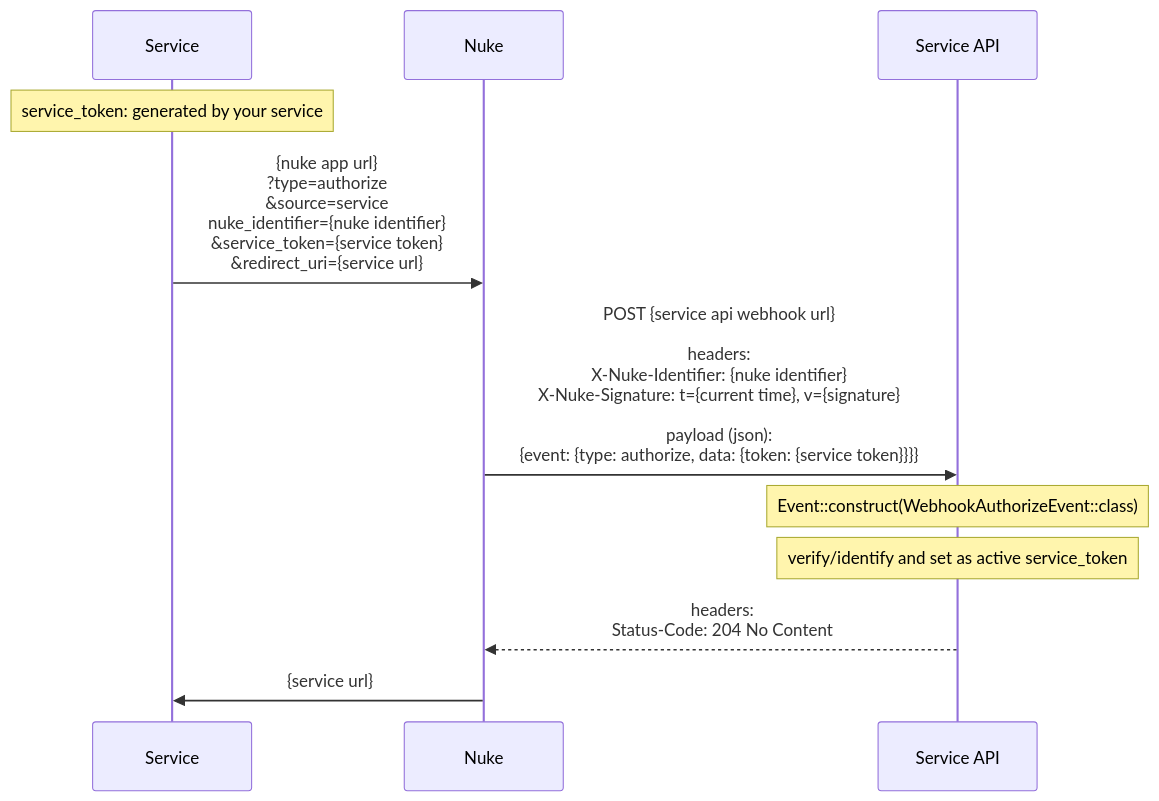
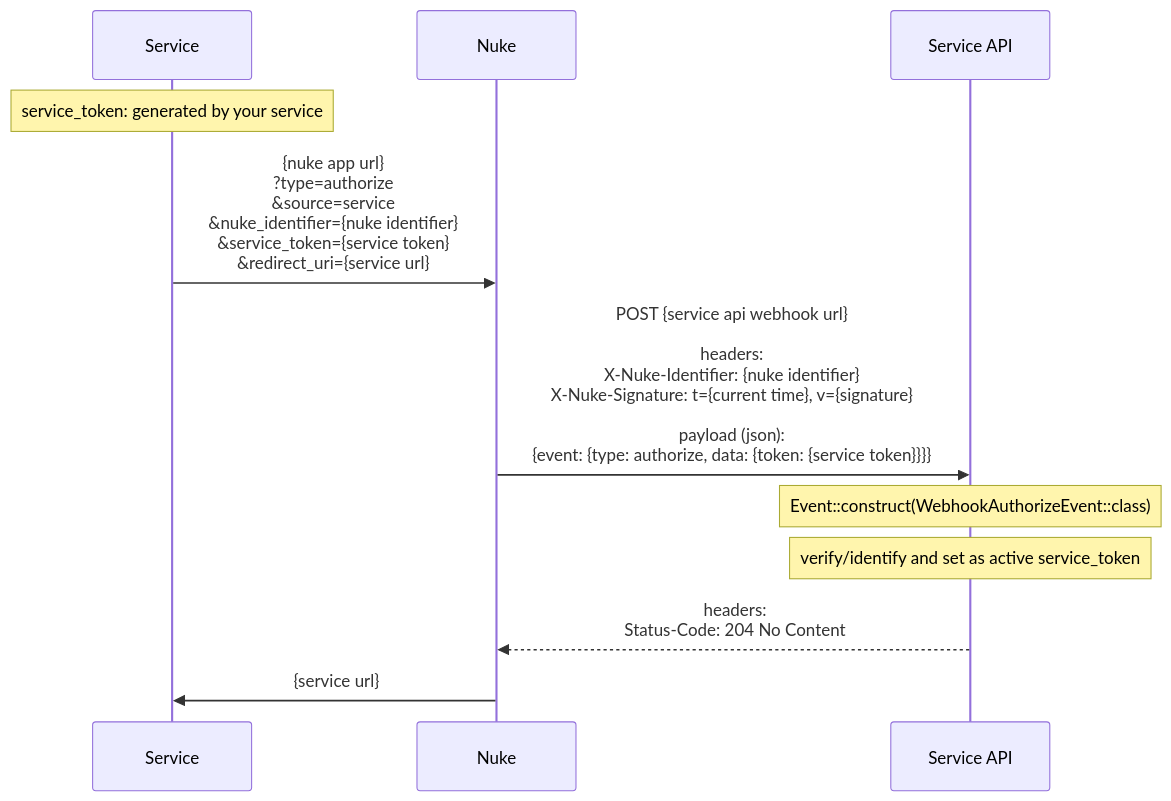
One commit to nukefromorbit/nuke-php changed the fourth of 6 diagrams in README.md. Above: the diagram before and after it, drawn with Mermaid. The commit also changed 2 other files, not shown here.

Commit message:
feat(nuke): service implementation

````diff
--- a/README.md
+++ b/README.md
@@ -68,20 +68,20 @@
 ```mermaid
 sequenceDiagram
     participant service as Service
     participant nuke as Nuke
     participant service_api as Service API
 
     note over service: service_token: generated by your service
 
-    service ->> nuke: {nuke app url}<br>?type=authorize<br>&source=service<br>nuke_identifier={nuke identifier}<br>&service_token={service token}<br>&redirect_uri={service url}
+    service ->> nuke: {nuke app url}<br>?type=authorize<br>&source=service<br>&nuke_identifier={nuke identifier}<br>&service_token={service token}<br>&redirect_uri={service url}
 
     nuke ->> service_api: POST {service api webhook url}<br><br>headers:<br>X-Nuke-Identifier: {nuke identifier}<br>X-Nuke-Signature: t={current time}, v={signature}<br><br>payload (json):<br>{event: {type: authorize, data: {token: {service token}}}}
 
     note over service_api: Event::construct(WebhookAuthorizeEvent::class)
 
     note over service_api: verify/identify and set as active service_token
 
     service_api -->> nuke: headers:<br>Status-Code: 204 No Content
 
     nuke ->> service: {service url}
 ```
````
